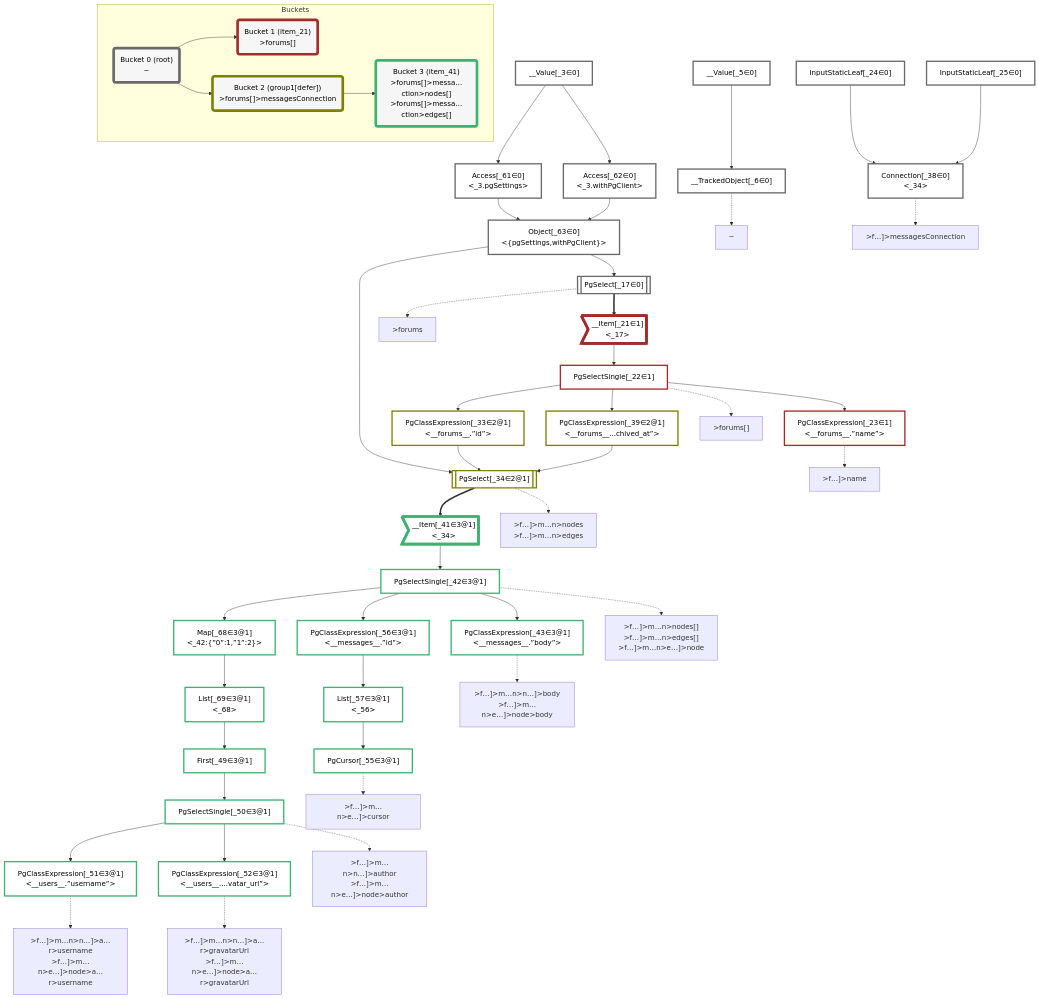
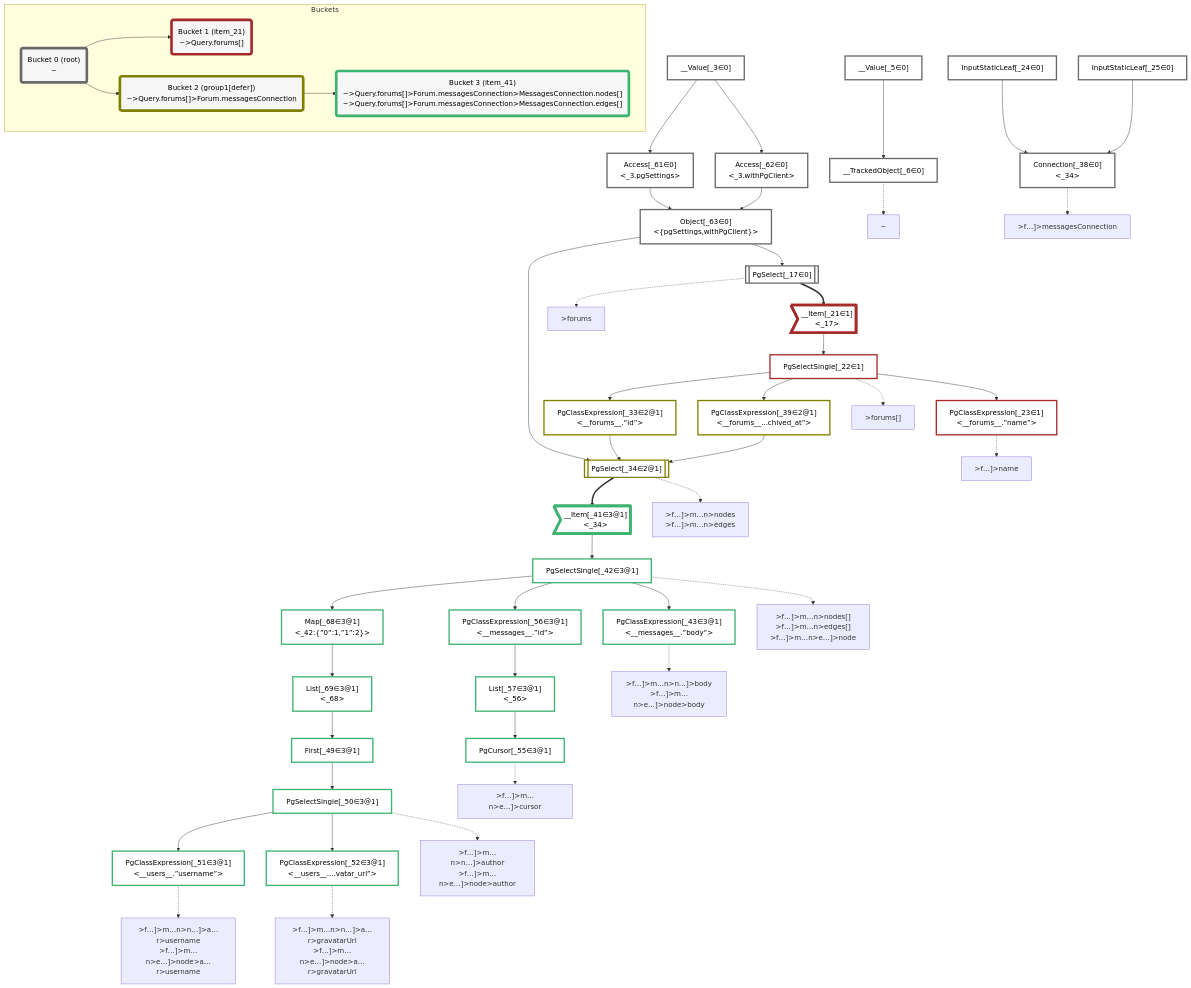
One commit to graphile/crystal changed the diagram in packages/dataplan-pg/__tests__/queries/conditions/archived-forum-inherited-messages.defer-2.mermaid.md. Above: the diagram before and after it, drawn with Mermaid. The commit also changed 141 other files, not shown here.

```diff
--- a/packages/dataplan-pg/__tests__/queries/conditions/archived-forum-inherited-messages.defer-2.mermaid.md
+++ b/packages/dataplan-pg/__tests__/queries/conditions/archived-forum-inherited-messages.defer-2.mermaid.md
@@ -106,13 +106,13 @@
     subgraph Buckets
     Bucket0("Bucket 0 (root)<br />~"):::bucket
     style Bucket0 stroke:#696969
-    Bucket1("Bucket 1 (item_21)<br />>forums[]"):::bucket
+    Bucket1("Bucket 1 (item_21)<br />~>Query.forums[]"):::bucket
     style Bucket1 stroke:#a52a2a
     Bucket0 --> Bucket1
-    Bucket2("Bucket 2 (group1[defer])<br />>forums[]>messagesConnection"):::bucket
+    Bucket2("Bucket 2 (group1[defer])<br />~>Query.forums[]>Forum.messagesConnection"):::bucket
     style Bucket2 stroke:#808000
     Bucket0 --> Bucket2
-    Bucket3("Bucket 3 (item_41)<br />>forums[]>messa…ction>nodes[]<br />>forums[]>messa…ction>edges[]"):::bucket
+    Bucket3("Bucket 3 (item_41)<br />~>Query.forums[]>Forum.messagesConnection>MessagesConnection.nodes[]<br />~>Query.forums[]>Forum.messagesConnection>MessagesConnection.edges[]"):::bucket
     style Bucket3 stroke:#3cb371
     Bucket2 --> Bucket3
     end
```
